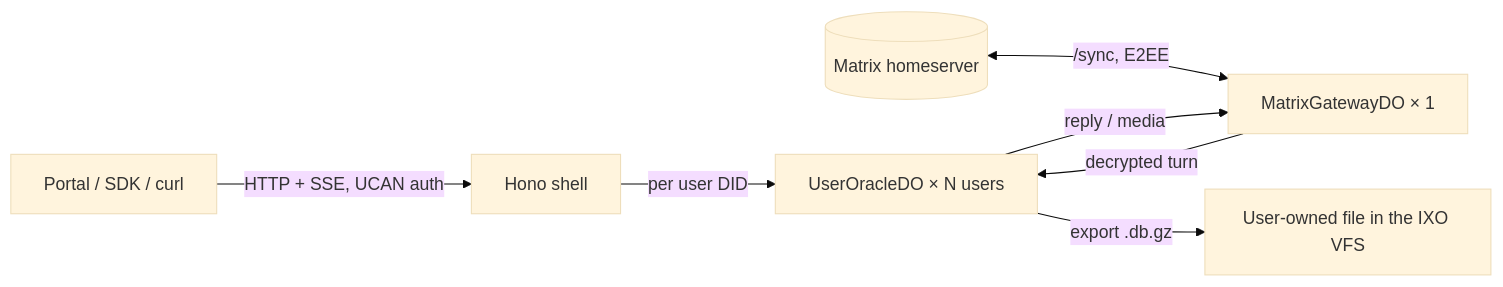
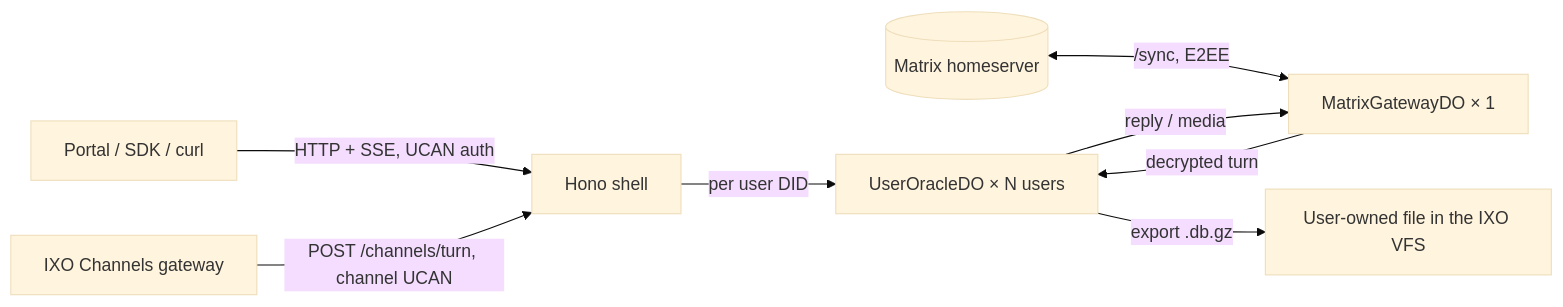
The diagram in packages/oracle-runtime-workers/docs/architecture.md (ixoworld/qiforge), drawn with Mermaid (base theme) before and after one commit. The commit also changed other lines of this file and 26 other files, not shown here.

````diff
--- a/packages/oracle-runtime-workers/docs/architecture.md
+++ b/packages/oracle-runtime-workers/docs/architecture.md
@@ -7,9 +7,10 @@
 ```mermaid
 graph LR
     Client[Portal / SDK / curl] -->|HTTP + SSE, UCAN auth| Shell[Hono shell]
+    Channels[IXO Channels gateway] -->|POST /channels/turn, channel UCAN| Shell
     Shell -->|per user DID| UserDO[UserOracleDO × N users]
     Matrix[(Matrix homeserver)] <-->|/sync, E2EE| Gateway[MatrixGatewayDO × 1]
     Gateway -->|decrypted turn| UserDO
     UserDO -->|reply / media| Gateway
     UserDO -->|export .db.gz| Owner[User-owned file in the IXO VFS]
 ```
````
